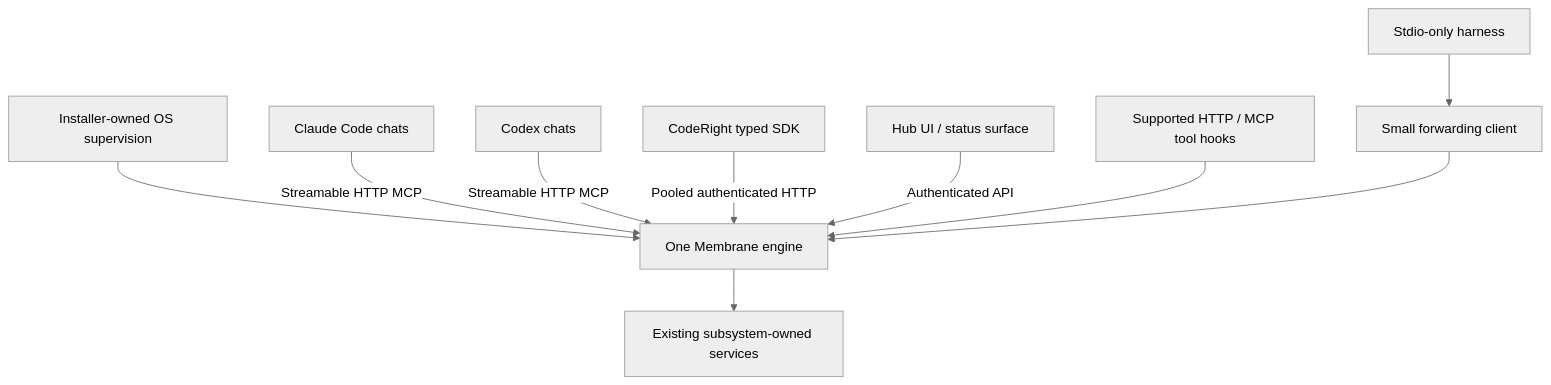
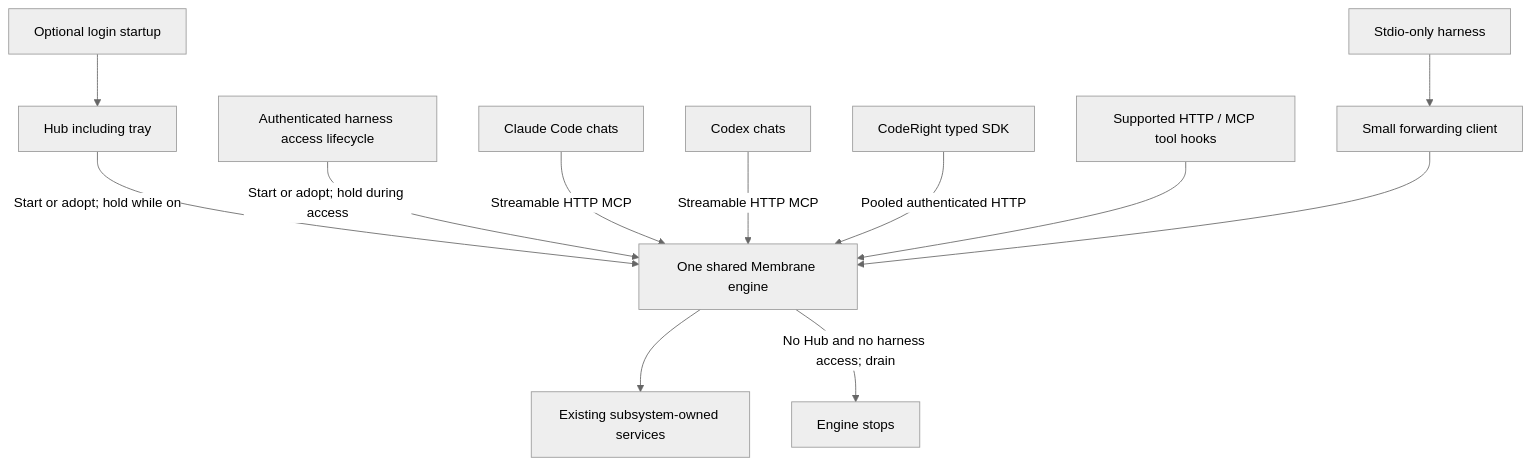
One commit to Orthic-Labs/Membrane changed the diagram in docs/architecture/single-instance-membrane.md. Above: the diagram before and after it, drawn with Mermaid (neutral theme). The commit also changed other lines of this file and 38 other files, not shown here.

First line of the commit message:
fix: land engine supervision, client transport boundary, and hook containment

````diff
--- a/docs/architecture/single-instance-membrane.md
+++ b/docs/architecture/single-instance-membrane.md
@@ -53,12 +55,14 @@
 ```mermaid
 flowchart TB
-    OS[Installer-owned OS supervision] --> E[One Membrane engine]
+    START[Optional login startup] --> UI[Hub including tray]
+    UI -->|Start or adopt; hold while on| E[One shared Membrane engine]
+    LIFE[Authenticated harness access lifecycle] -->|Start or adopt; hold during access| E
     CC[Claude Code chats] -->|Streamable HTTP MCP| E
     CX[Codex chats] -->|Streamable HTTP MCP| E
     CR[CodeRight typed SDK] -->|Pooled authenticated HTTP| E
-    UI[Hub UI / status surface] -->|Authenticated API| E
     HK[Supported HTTP / MCP tool hooks] --> E
     OLD[Stdio-only harness] --> B[Small forwarding client]
     B --> E
     E --> OWN[Existing subsystem-owned services]
+    E -->|No Hub and no harness access; drain| OFF[Engine stops]
 ```
````
